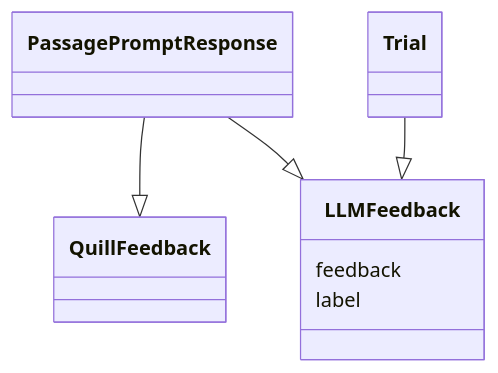
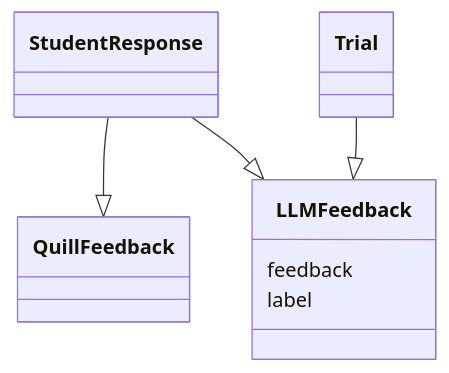
The third of 3 diagrams in services/QuillLMS/engines/evidence/app/models/evidence/research/readme.md (empirical-org/Empirical-Core), drawn with Mermaid before and after one commit. The commit also changed other lines of this file and 25 other files, not shown here.

Commit message:
Rename PassagePromptResponse to StudentResponse

````diff
--- a/services/QuillLMS/engines/evidence/app/models/evidence/research/readme.md
+++ b/services/QuillLMS/engines/evidence/app/models/evidence/research/readme.md
@@ -61,14 +61,14 @@
 ```mermaid
 classDiagram
-    class PassagePromptResponse {
+    class StudentResponse {
     }
     class QuillFeedback {
     }
     class LLMFeedback {
         feedback
         label
     }
-    PassagePromptResponse --|> QuillFeedback
-    PassagePromptResponse --|> LLMFeedback
+    StudentResponse --|> QuillFeedback
+    StudentResponse --|> LLMFeedback
     Trial --|> LLMFeedback
 ```
````
